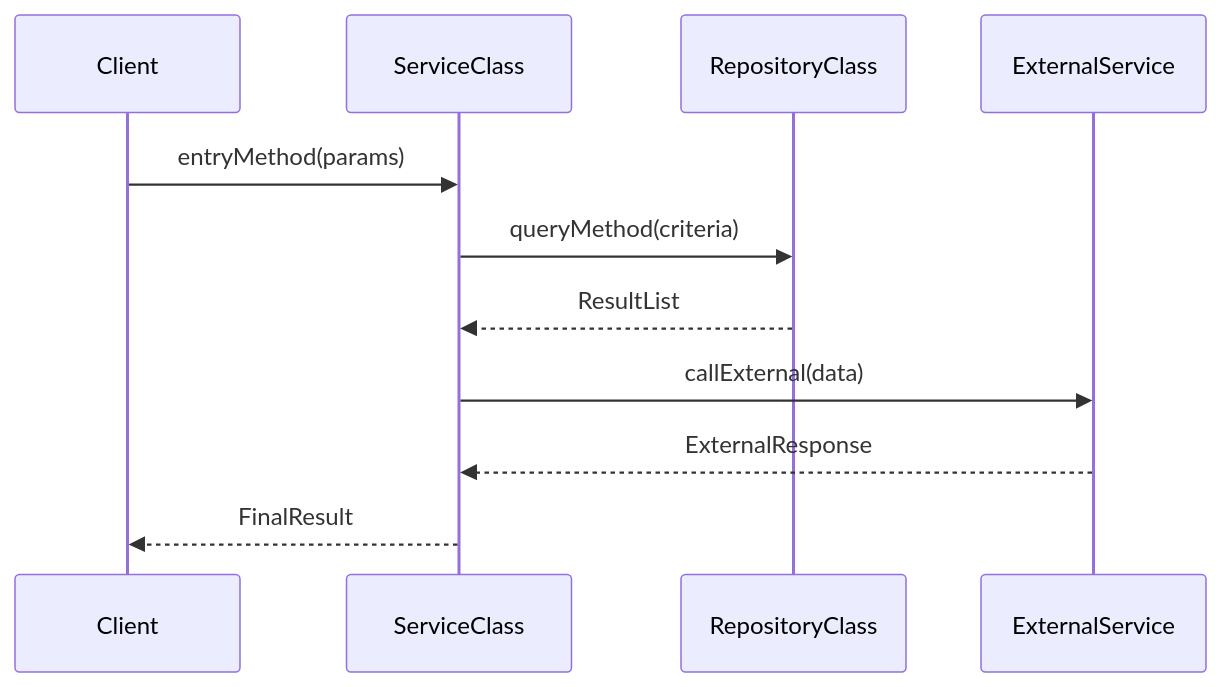
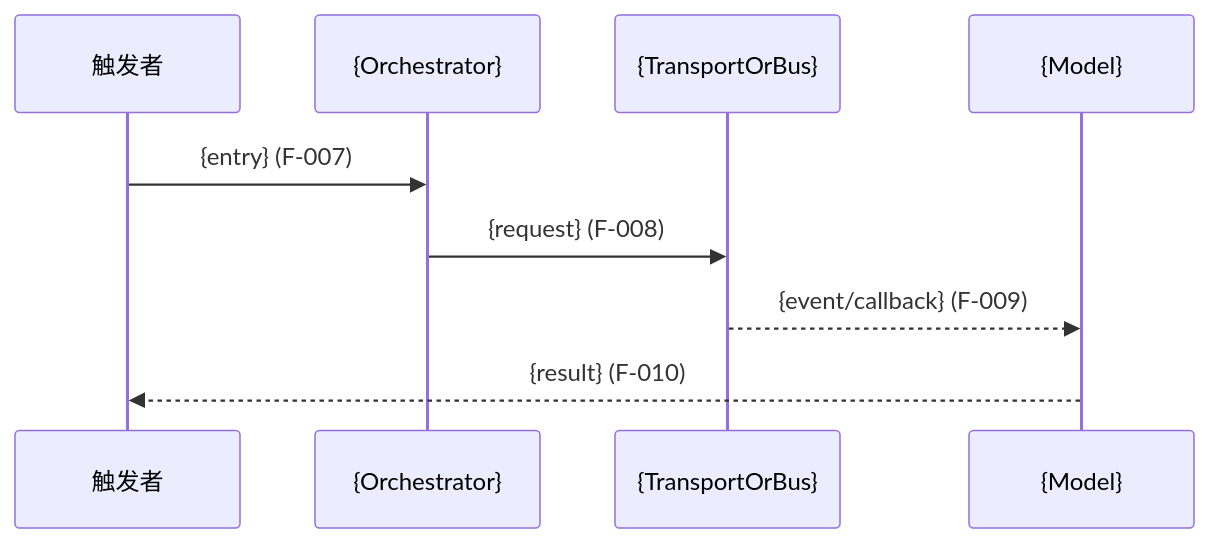
Before and after one commit to YuanLiChu/edan-spec: the second of 2 diagrams in claudecode/.claude/skills/project-context/references/flow-template.md, drawn with Mermaid. The commit also changed other lines of this file and 25 other files, not shown here.

````diff
--- a/claudecode/.claude/skills/project-context/references/flow-template.md
+++ b/claudecode/.claude/skills/project-context/references/flow-template.md
@@ -57,13 +49,11 @@
 ```mermaid
 sequenceDiagram
-    participant Client
-    participant Svc as ServiceClass
-    participant Repo as RepositoryClass
-    participant Ext as ExternalService
-    Client->>Svc: entryMethod(params)
-    Svc->>Repo: queryMethod(criteria)
-    Repo-->>Svc: ResultList
-    Svc->>Ext: callExternal(data)
-    Ext-->>Svc: ExternalResponse
-    Svc-->>Client: FinalResult
+    participant U as 触发者
+    participant O as {Orchestrator}
+    participant T as {TransportOrBus}
+    participant M as {Model}
+    U->>O: {entry} (F-007)
+    O->>T: {request} (F-008)
+    T-->>M: {event/callback} (F-009)
+    M-->>U: {result} (F-010)
 ```
````
